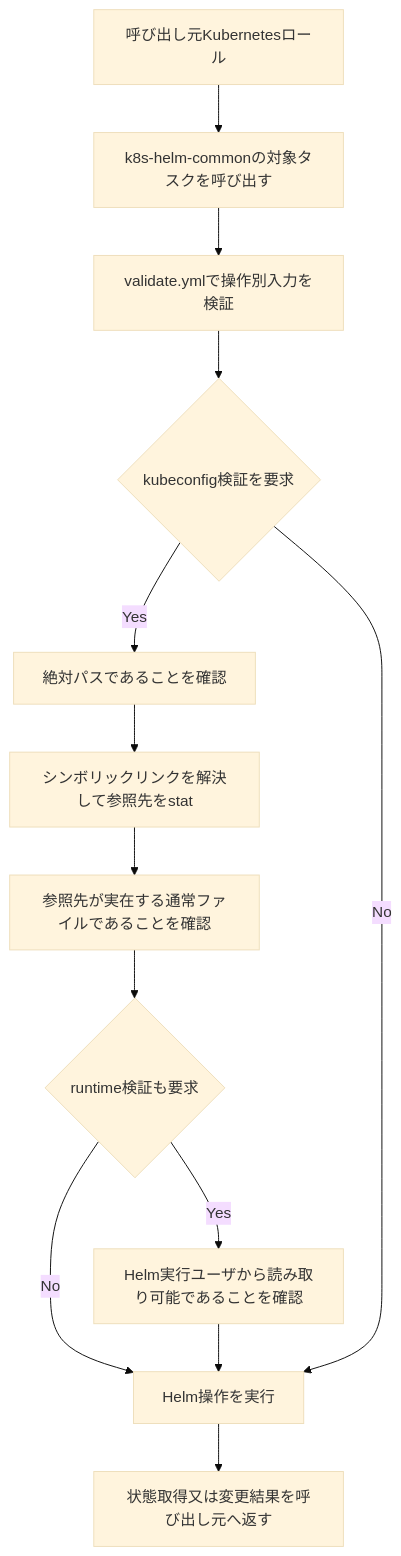
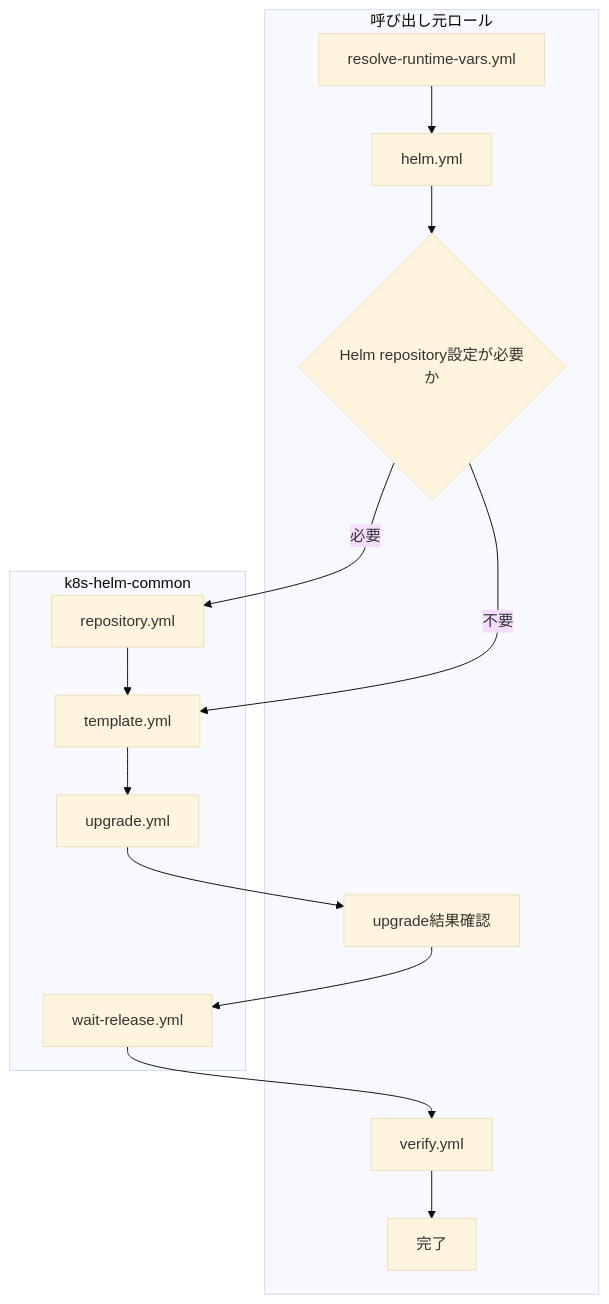
One commit to takeharukato/ansible-linux-setup changed the sixth of 11 diagrams in roles/k8s-helm-common/Readme.md. Above: the diagram before and after it, drawn with Mermaid (base theme). The commit also changed other lines of this file, not shown here.

Commit message:
修正概要:k8s-helm-common ロールのReadme.mdを更新

````diff
--- a/roles/k8s-helm-common/Readme.md
+++ b/roles/k8s-helm-common/Readme.md
@@ -155,15 +1738,26 @@
 ```mermaid
 flowchart TD
-    A["呼び出し元Kubernetesロール"] --> B["k8s-helm-commonの対象タスクを呼び出す"]
-    B --> C["validate.ymlで操作別入力を検証"]
-    C --> D{"kubeconfig検証を要求"}
-    D -- "Yes" --> E["絶対パスであることを確認"]
-    E --> F["シンボリックリンクを解決して参照先をstat"]
-    F --> G["参照先が実在する通常ファイルであることを確認"]
-    G --> H{"runtime検証も要求"}
-    H -- "Yes" --> I["Helm実行ユーザから読み取り可能であることを確認"]
-    H -- "No" --> J["Helm操作を実行"]
+    subgraph Caller["呼び出し元ロール"]
+        A["resolve-runtime-vars.yml"] --> B["helm.yml"]
+        B --> C{"Helm repository設定が必要か"}
+        G["upgrade結果確認"]
+        I["verify.yml"]
+        J["完了"]
+    end
+
+    subgraph Common["k8s-helm-common"]
+        D["repository.yml"]
+        E["template.yml"]
+        F["upgrade.yml"]
+        H["wait-release.yml"]
+    end
+
+    C -->|必要| D
+    C -->|不要| E
+    D --> E
+    E --> F
+    F --> G
+    G --> H
+    H --> I
     I --> J
-    D -- "No" --> J
-    J --> K["状態取得又は変更結果を呼び出し元へ返す"]
 ```
````
